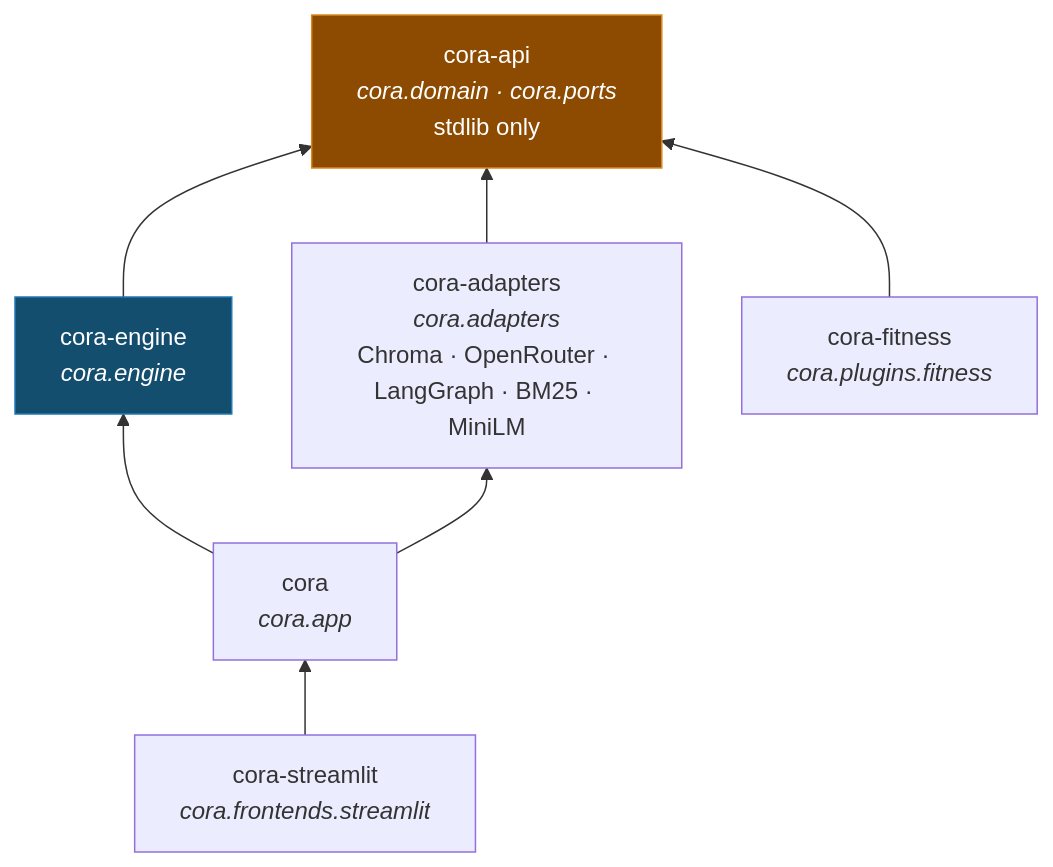
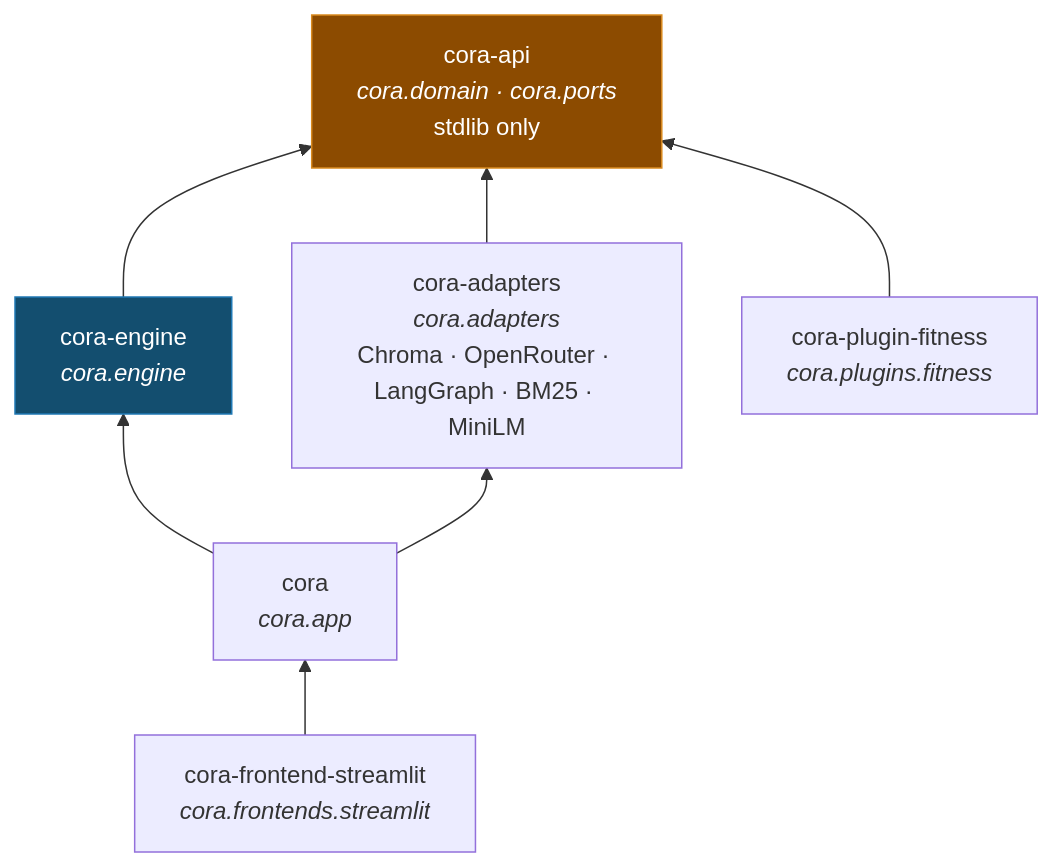
The second of 2 diagrams in docs/big-picture.md (aschog/cora), drawn with Mermaid before and after one commit. The commit also changed other lines of this file and 8 other files, not shown here.

````diff
--- a/docs/big-picture.md
+++ b/docs/big-picture.md
@@ -123,22 +123,22 @@
 ```mermaid
 %%{init: {"flowchart": {"nodeSpacing": 40, "rankSpacing": 50, "curve": "basis"}}}%%
 flowchart BT
   api["cora-api<br/><i>cora.domain · cora.ports</i><br/>stdlib only"]
   engine["cora-engine<br/><i>cora.engine</i>"]
   adapters["cora-adapters<br/><i>cora.adapters</i><br/>Chroma · OpenRouter · LangGraph · BM25 · MiniLM"]
   app["cora<br/><i>cora.app</i>"]
-  fitness["cora-fitness<br/><i>cora.plugins.fitness</i>"]
-  shell["cora-streamlit<br/><i>cora.frontends.streamlit</i>"]
+  fitness["cora-plugin-fitness<br/><i>cora.plugins.fitness</i>"]
+  shell["cora-frontend-streamlit<br/><i>cora.frontends.streamlit</i>"]
 
   engine --> api
   adapters --> api
   fitness --> api
   app --> engine
   app --> adapters
   shell --> app
 
   classDef contract fill:#8c4b00,stroke:#d98a1f,color:#fff;
   classDef logic fill:#134e6f,stroke:#1f78b4,color:#fff;
   class api contract;
   class engine logic;
 ```
````
